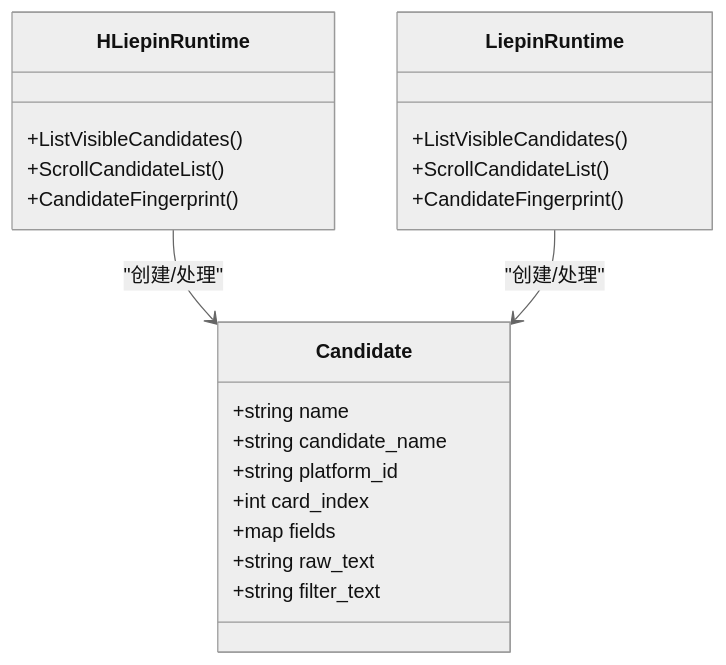
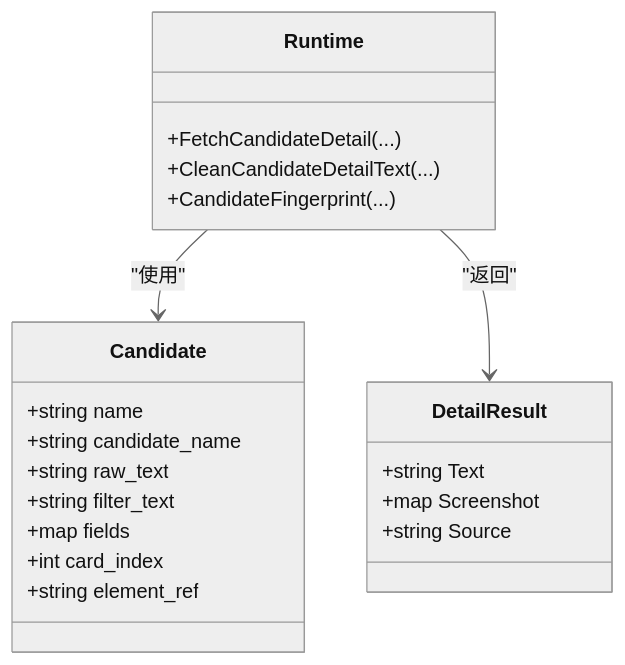
One commit to alvinwangzi/goodhr changed the seventh of 9 diagrams in .qoder/repowiki/zh/content/本地执行器/平台适配器/猎聘适配器/详情页面处理.md. Above: the diagram before and after it, drawn with Mermaid (neutral theme). The commit also changed other lines of this file and 149 other files, not shown here.

````diff
--- a/.qoder/repowiki/zh/content/本地执行器/平台适配器/猎聘适配器/详情页面处理.md
+++ b/.qoder/repowiki/zh/content/本地执行器/平台适配器/猎聘适配器/详情页面处理.md
@@ -217,24 +275,24 @@
 ```mermaid
 classDiagram
 class Candidate {
 +string name
 +string candidate_name
-+string platform_id
-+int card_index
-+map fields
 +string raw_text
 +string filter_text
++map fields
++int card_index
++string element_ref
 }
-class HLiepinRuntime {
-+ListVisibleCandidates()
-+ScrollCandidateList()
-+CandidateFingerprint()
+class DetailResult {
++string Text
++map Screenshot
++string Source
 }
-class LiepinRuntime {
-+ListVisibleCandidates()
-+ScrollCandidateList()
-+CandidateFingerprint()
+class Runtime {
++FetchCandidateDetail(...)
++CleanCandidateDetailText(...)
++CandidateFingerprint(...)
 }
-HLiepinRuntime --> Candidate : "创建/处理"
-LiepinRuntime --> Candidate : "创建/处理"
+Runtime --> Candidate : "使用"
+Runtime --> DetailResult : "返回"
 ```
````
